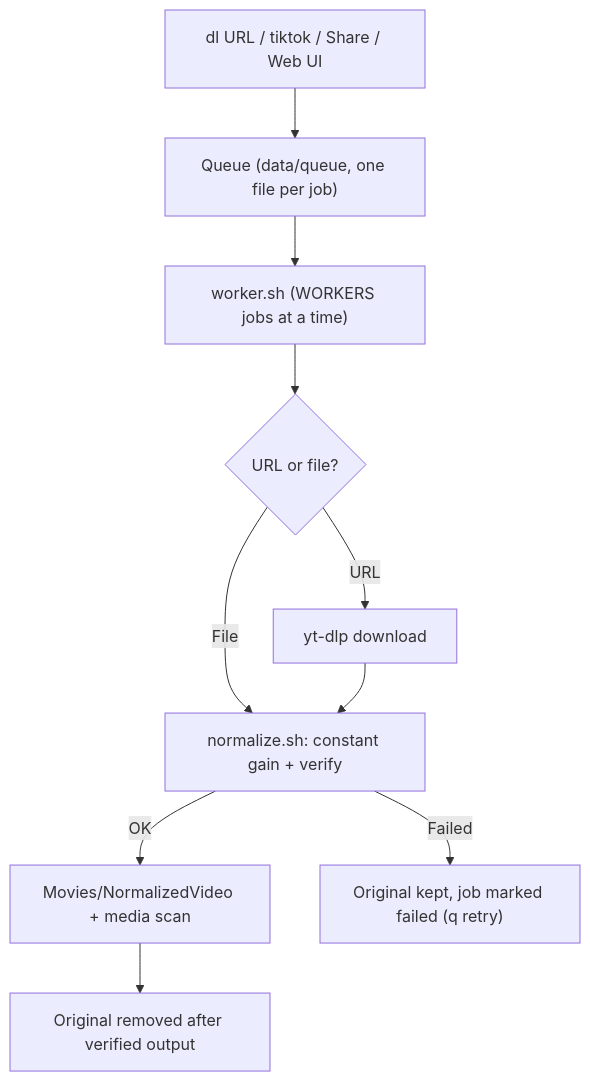
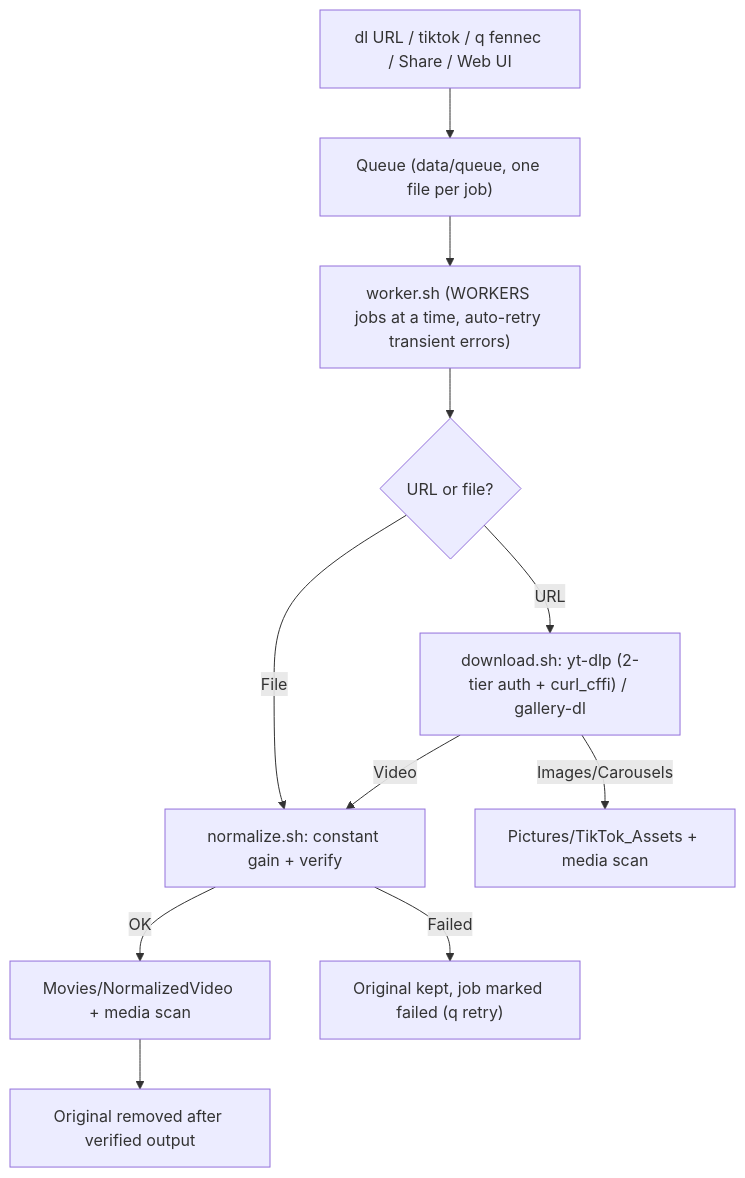
Before and after one commit to AnnaMorgrett/Media-Pipeline: the diagram in README.md, drawn with Mermaid. The commit also changed other lines of this file, not shown here.

Commit message:
Update README with q fennec, Web UI Fennec panel, cookie sync, and gallery-dl support

````diff
--- a/README.md
+++ b/README.md
@@ -30,12 +32,13 @@
 ```mermaid
 flowchart TD
-    A["dl URL / tiktok / Share / Web UI"] --> Q["Queue (data/queue, one file per job)"]
-    Q --> W["worker.sh (WORKERS jobs at a time)"]
+    A["dl URL / tiktok / q fennec / Share / Web UI"] --> Q["Queue (data/queue, one file per job)"]
+    Q --> W["worker.sh (WORKERS jobs at a time, auto-retry transient errors)"]
     W --> D{"URL or file?"}
-    D -- URL --> Y["yt-dlp download"]
+    D -- URL --> Y["download.sh: yt-dlp (2-tier auth + curl_cffi) / gallery-dl"]
     D -- File --> N
-    Y --> N["normalize.sh: constant gain + verify"]
+    Y -- Images/Carousels --> IA["Pictures/TikTok_Assets + media scan"]
+    Y -- Video --> N["normalize.sh: constant gain + verify"]
     N -- OK --> O["Movies/NormalizedVideo + media scan"]
     O --> R["Original removed after verified output"]
     N -- Failed --> K["Original kept, job marked failed (q retry)"]
 ```
````
